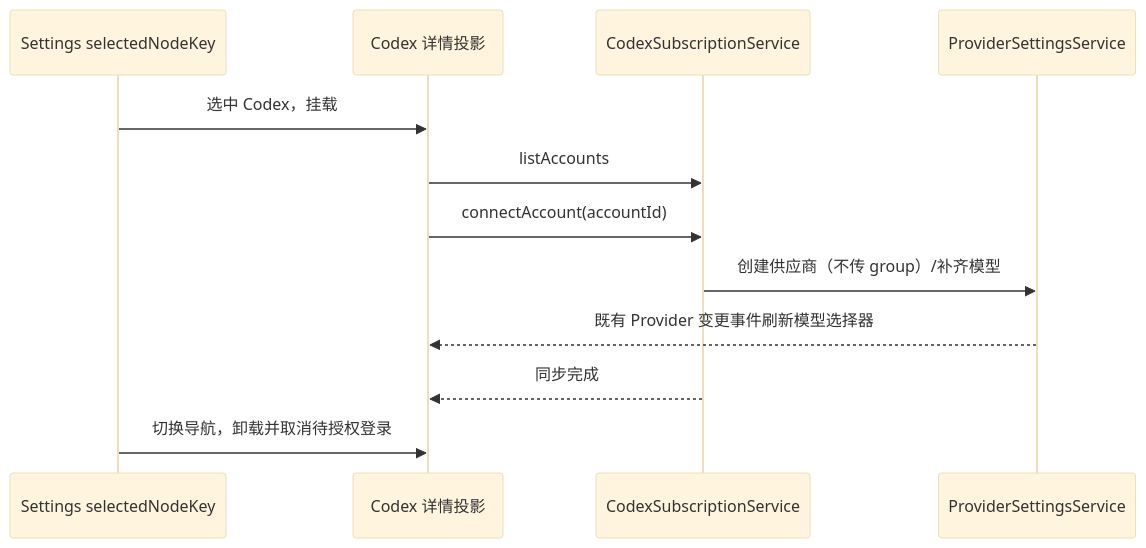
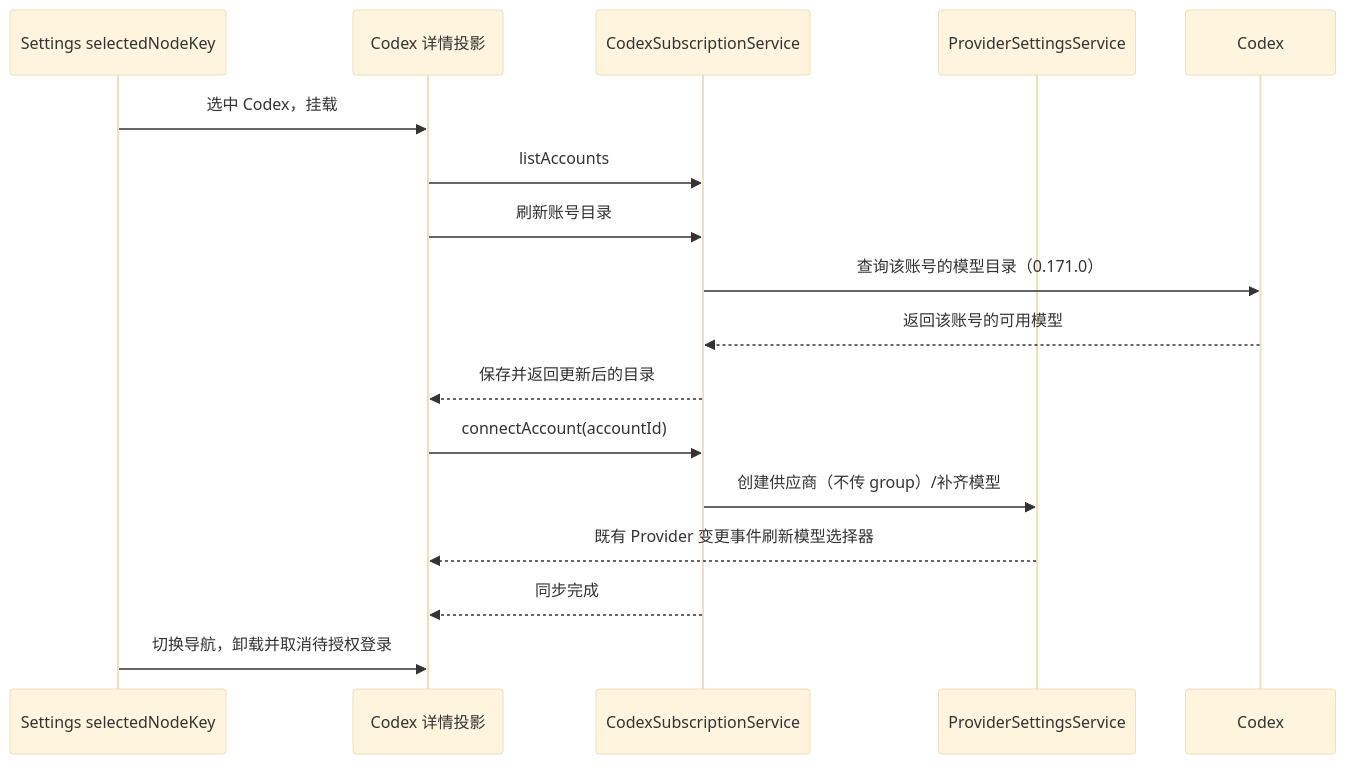
The first of 2 diagrams in docs/codex-subscription/spec.md (xiaobaoaaaaaa/ZCode), drawn with Mermaid (base theme) before and after one commit. The commit also changed other lines of this file and 13 other files, not shown here.

````diff
--- a/docs/codex-subscription/spec.md
+++ b/docs/codex-subscription/spec.md
@@ -24,14 +25,18 @@
 ```mermaid
 sequenceDiagram
   participant Settings as Settings selectedNodeKey
   participant Panel as Codex 详情投影
   participant Host as CodexSubscriptionService
   participant Provider as ProviderSettingsService
   Settings->>Panel: 选中 Codex，挂载
   Panel->>Host: listAccounts
+  Panel->>Host: 刷新账号目录
+  Host->>Codex: 查询该账号的模型目录（0.171.0）
+  Codex-->>Host: 返回该账号的可用模型
+  Host-->>Panel: 保存并返回更新后的目录
   Panel->>Host: connectAccount(accountId)
   Host->>Provider: 创建供应商（不传 group）/补齐模型
   Provider-->>Panel: 既有 Provider 变更事件刷新模型选择器
   Host-->>Panel: 同步完成
   Settings->>Panel: 切换导航，卸载并取消待授权登录
 ```
````
